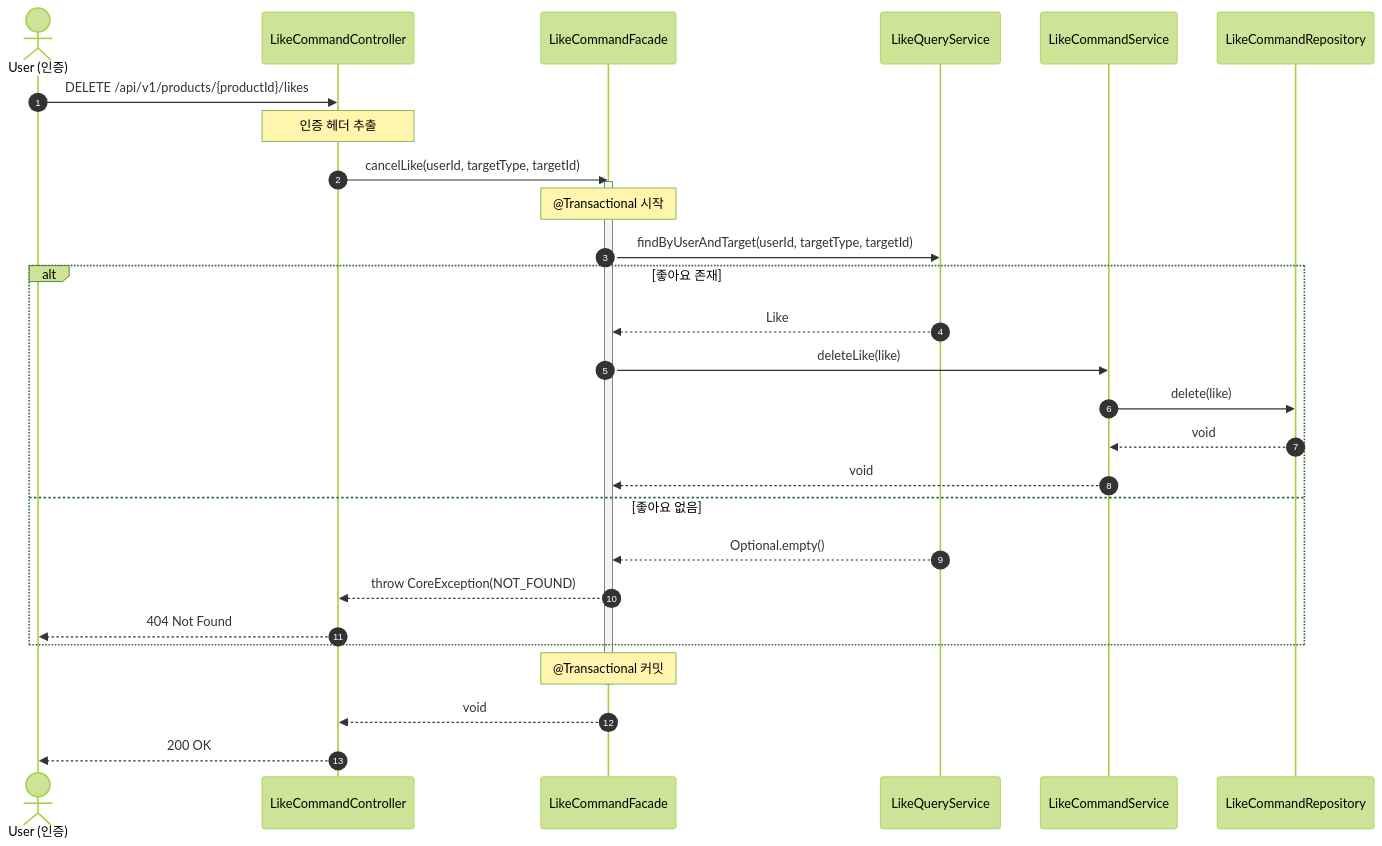
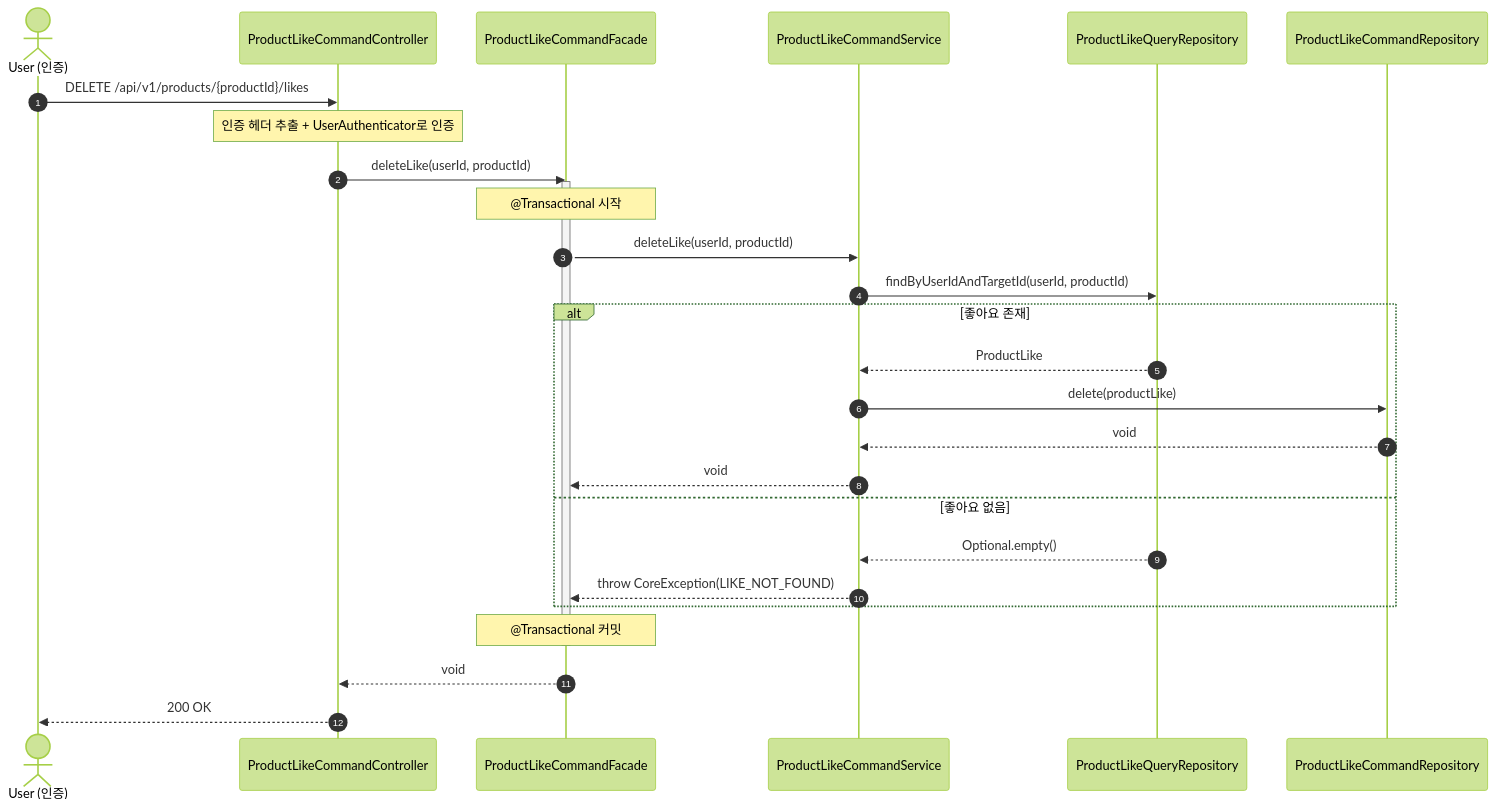
Diagram 15 of 30 in docs/design/02-sequence-diagrams.md (Hwan0518/loop-pack-be-l2-vol3-java), drawn with Mermaid (forest theme) before and after one commit. The commit also changed other lines of this file and 474 other files, not shown here.

````diff
--- a/docs/design/02-sequence-diagrams.md
+++ b/docs/design/02-sequence-diagrams.md
@@ -662,35 +812,34 @@
 ```mermaid
 sequenceDiagram
     autonumber
     actor User as User (인증)
-    participant Controller as LikeCommandController
-    participant Facade as LikeCommandFacade
-    participant QService as LikeQueryService
-    participant Service as LikeCommandService
-    participant Repository as LikeCommandRepository
+    participant Controller as ProductLikeCommandController
+    participant Facade as ProductLikeCommandFacade
+    participant Service as ProductLikeCommandService
+    participant QRepo as ProductLikeQueryRepository
+    participant CRepo as ProductLikeCommandRepository
 
     User->>Controller: DELETE /api/v1/products/{productId}/likes
-    Note over Controller: 인증 헤더 추출
-    Controller->>Facade: cancelLike(userId, targetType, targetId)
+    Note over Controller: 인증 헤더 추출 + UserAuthenticator로 인증
+    Controller->>Facade: deleteLike(userId, productId)
     activate Facade
     Note over Facade: @Transactional 시작
 
-    Facade->>QService: findByUserAndTarget(userId, targetType, targetId)
+    Facade->>Service: deleteLike(userId, productId)
+    Service->>QRepo: findByUserIdAndTargetId(userId, productId)
 
     alt 좋아요 존재
-        QService-->>Facade: Like
-        Facade->>Service: deleteLike(like)
-        Service->>Repository: delete(like)
-        Repository-->>Service: void
+        QRepo-->>Service: ProductLike
+        Service->>CRepo: delete(productLike)
+        CRepo-->>Service: void
         Service-->>Facade: void
     else 좋아요 없음
-        QService-->>Facade: Optional.empty()
-        Facade-->>Controller: throw CoreException(NOT_FOUND)
-        Controller-->>User: 404 Not Found
+        QRepo-->>Service: Optional.empty()
+        Service-->>Facade: throw CoreException(LIKE_NOT_FOUND)
     end
 
     Note over Facade: @Transactional 커밋
     deactivate Facade
     Facade-->>Controller: void
     Controller-->>User: 200 OK
 ```
````
